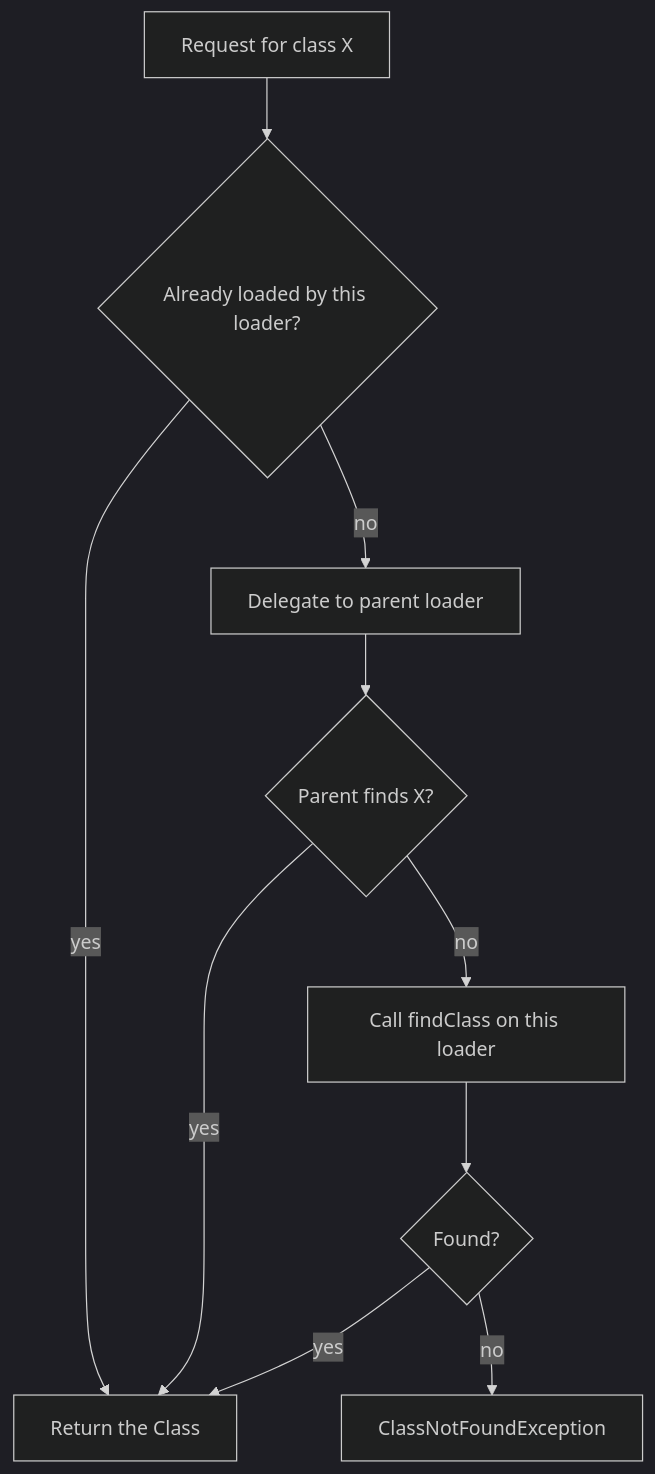
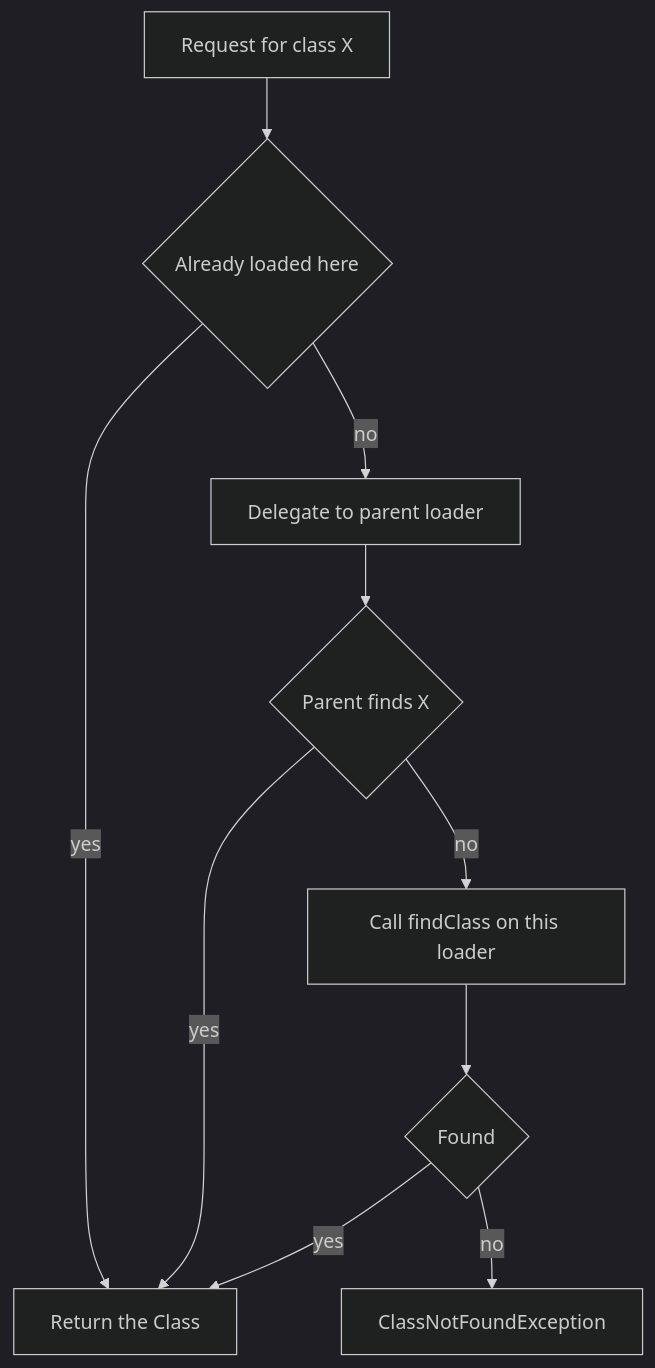
Before and after one commit to AthiraMohan14/Complete-Java-Resource-PlayBook: the first of 2 diagrams in docs/learning/03b-jvm-internals/class-loading.md, drawn with Mermaid (dark theme). The commit also changed other lines of this file and 174 other files, not shown here.

````diff
--- a/docs/learning/03b-jvm-internals/class-loading.md
+++ b/docs/learning/03b-jvm-internals/class-loading.md
@@ -79,12 +82,12 @@
 ```mermaid
 flowchart TD
-    A[Request for class X] --> B{Already loaded by this loader?}
+    A[Request for class X] --> B{Already loaded here}
     B -- yes --> Z[Return the Class]
     B -- no --> C[Delegate to parent loader]
-    C --> D{Parent finds X?}
+    C --> D{Parent finds X}
     D -- yes --> Z
     D -- no --> E[Call findClass on this loader]
-    E --> F{Found?}
+    E --> F{Found}
     F -- yes --> Z
     F -- no --> G[ClassNotFoundException]
 ```
````
